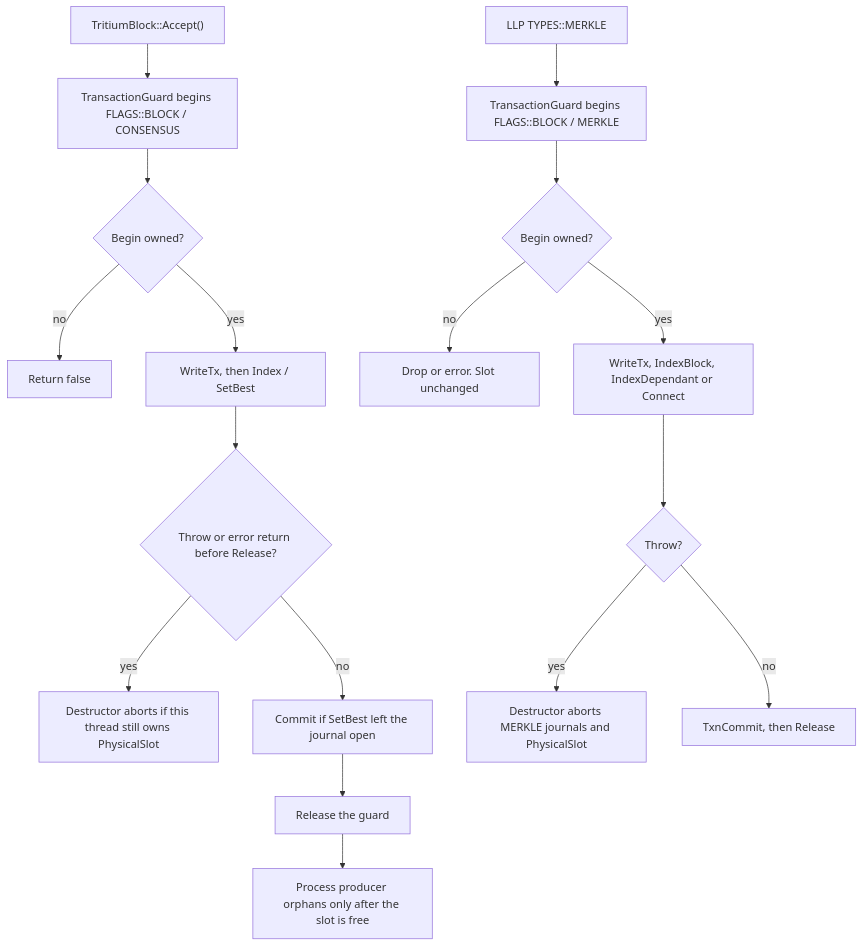
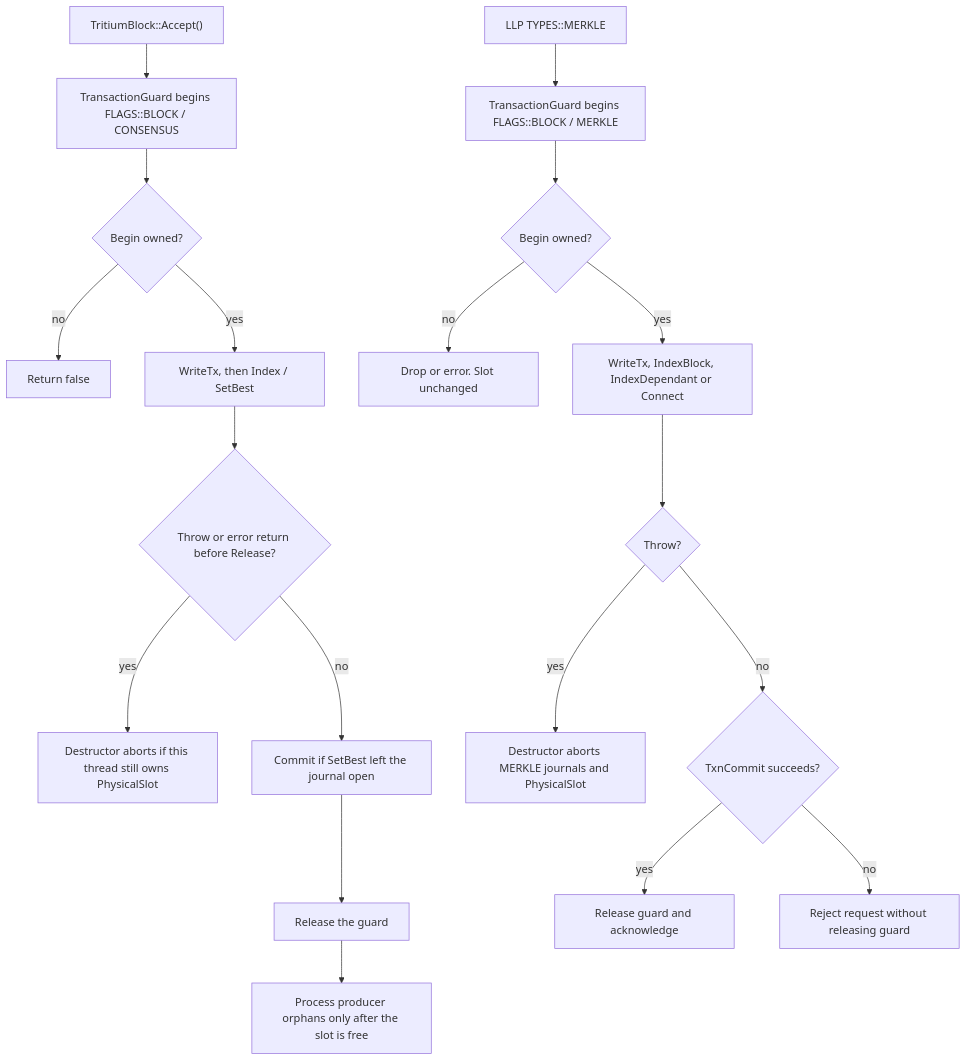
One commit to NamecoinGithub/LLL-TAO changed the diagram in docs/diagrams/architecture/tritium-cpp.md. Above: the diagram before and after it, drawn with Mermaid. The commit also changed other lines of this file and 2 other files, not shown here.

Commit message:
Reject failed MERKLE commits

````diff
--- a/docs/diagrams/architecture/tritium-cpp.md
+++ b/docs/diagrams/architecture/tritium-cpp.md
@@ -10,20 +10,22 @@
 ```mermaid
 flowchart TD
     A["TritiumBlock::Accept()"] --> B["TransactionGuard begins FLAGS::BLOCK / CONSENSUS"]
     B --> C{"Begin owned?"}
     C -->|no| D["Return false"]
     C -->|yes| E["WriteTx, then Index / SetBest"]
     E --> F{"Throw or error return before Release?"}
     F -->|yes| G["Destructor aborts if this thread still owns PhysicalSlot"]
     F -->|no| H["Commit if SetBest left the journal open"]
     H --> I["Release the guard"]
     I --> J["Process producer orphans only after the slot is free"]
 
     K["LLP TYPES::MERKLE"] --> L["TransactionGuard begins FLAGS::BLOCK / MERKLE"]
     L --> M{"Begin owned?"}
     M -->|no| N["Drop or error. Slot unchanged"]
     M -->|yes| O["WriteTx, IndexBlock, IndexDependant or Connect"]
     O --> P{"Throw?"}
     P -->|yes| Q["Destructor aborts MERKLE journals and PhysicalSlot"]
-    P -->|no| R["TxnCommit, then Release"]
+    P -->|no| R{"TxnCommit succeeds?"}
+    R -->|yes| S["Release guard and acknowledge"]
+    R -->|no| T["Reject request without releasing guard"]
 ```
````
